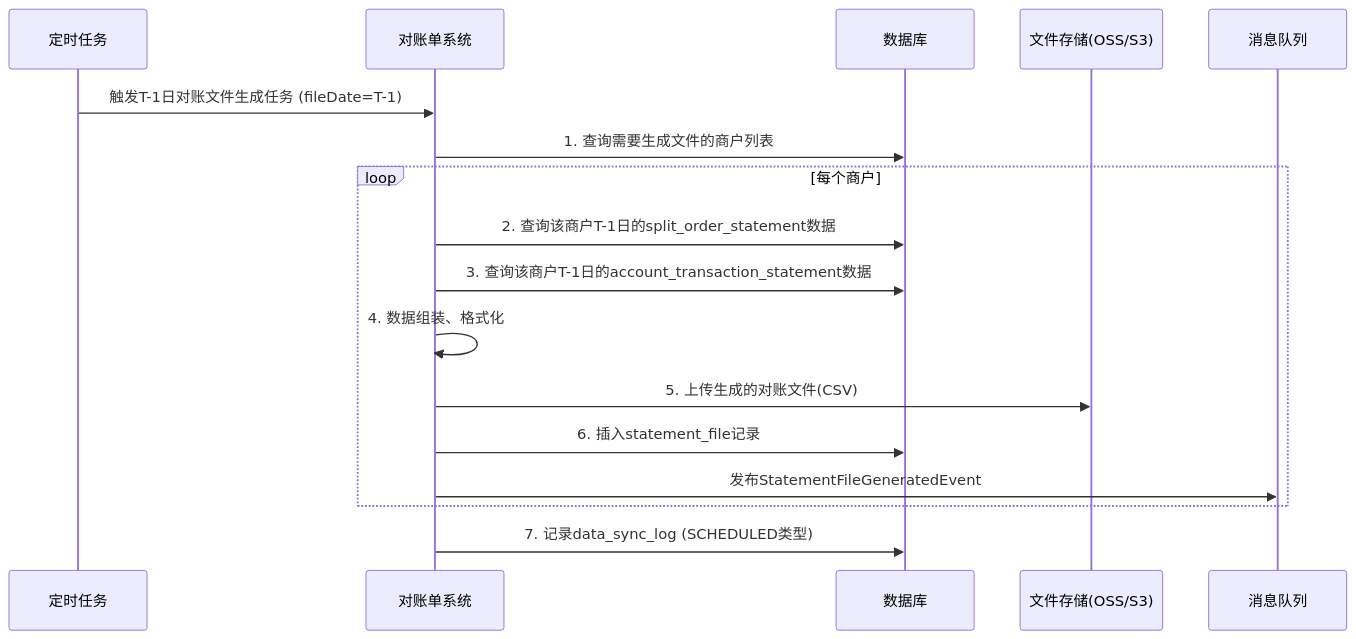
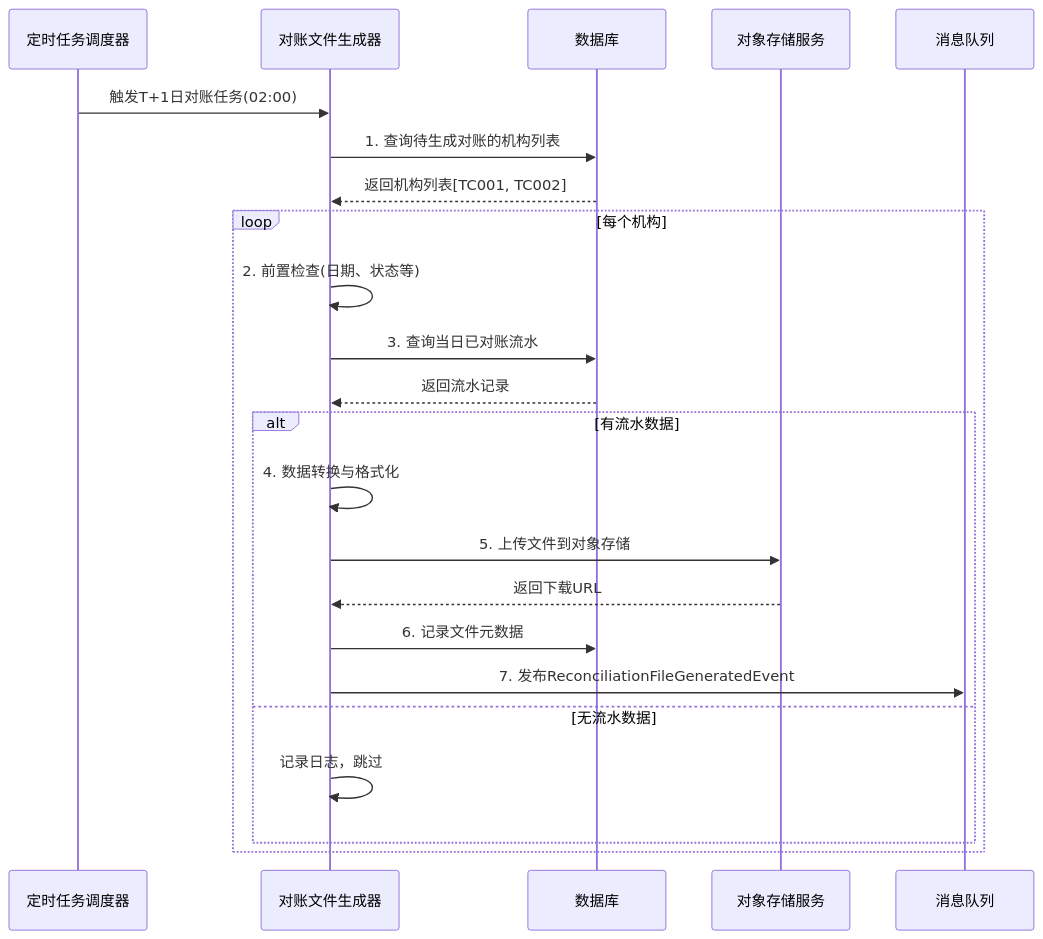
One commit to youzi211/AiCoding changed the second of 3 diagrams in data/天财分账需求/gpt-5.2/workspace/02_modules/module_对账单系统.md. Above: the diagram before and after it, drawn with Mermaid. The commit also changed other lines of this file and 93 other files, not shown here.

````diff
--- a/data/天财分账需求/gpt-5.2/workspace/02_modules/module_对账单系统.md
+++ b/data/天财分账需求/gpt-5.2/workspace/02_modules/module_对账单系统.md
@@ -344,20 +776,28 @@
 ```mermaid
 sequenceDiagram
-    participant Scheduler as 定时任务
-    participant BS as 对账单系统
-    participant DB as 数据库
-    participant FS as 文件存储(OSS/S3)
+    participant 调度器 as 定时任务调度器
+    participant 生成器 as 对账文件生成器
+    participant 数据库 as 数据库
+    participant 存储 as 对象存储服务
     participant MQ as 消息队列
 
-    Scheduler->>BS: 触发T-1日对账文件生成任务 (fileDate=T-1)
-    BS->>DB: 1. 查询需要生成文件的商户列表
-    loop 每个商户
-        BS->>DB: 2. 查询该商户T-1日的split_order_statement数据
-        BS->>DB: 3. 查询该商户T-1日的account_transaction_statement数据
-        BS->>BS: 4. 数据组装、格式化
-        BS->>FS: 5. 上传生成的对账文件(CSV)
-        BS->>DB: 6. 插入statement_file记录
-        BS->>MQ: 发布StatementFileGeneratedEvent
+    调度器->>生成器: 触发T+1日对账任务(02:00)
+    生成器->>数据库: 1. 查询待生成对账的机构列表
+    数据库-->>生成器: 返回机构列表[TC001, TC002]
+    
+    loop 每个机构
+        生成器->>生成器: 2. 前置检查(日期、状态等)
+        生成器->>数据库: 3. 查询当日已对账流水
+        数据库-->>生成器: 返回流水记录
+        
+        alt 有流水数据
+            生成器->>生成器: 4. 数据转换与格式化
+            生成器->>存储: 5. 上传文件到对象存储
+            存储-->>生成器: 返回下载URL
+            生成器->>数据库: 6. 记录文件元数据
+            生成器->>MQ: 7. 发布ReconciliationFileGeneratedEvent
+        else 无流水数据
+            生成器->>生成器: 记录日志，跳过
+        end
     end
-    BS->>DB: 7. 记录data_sync_log (SCHEDULED类型)
 ```
````
